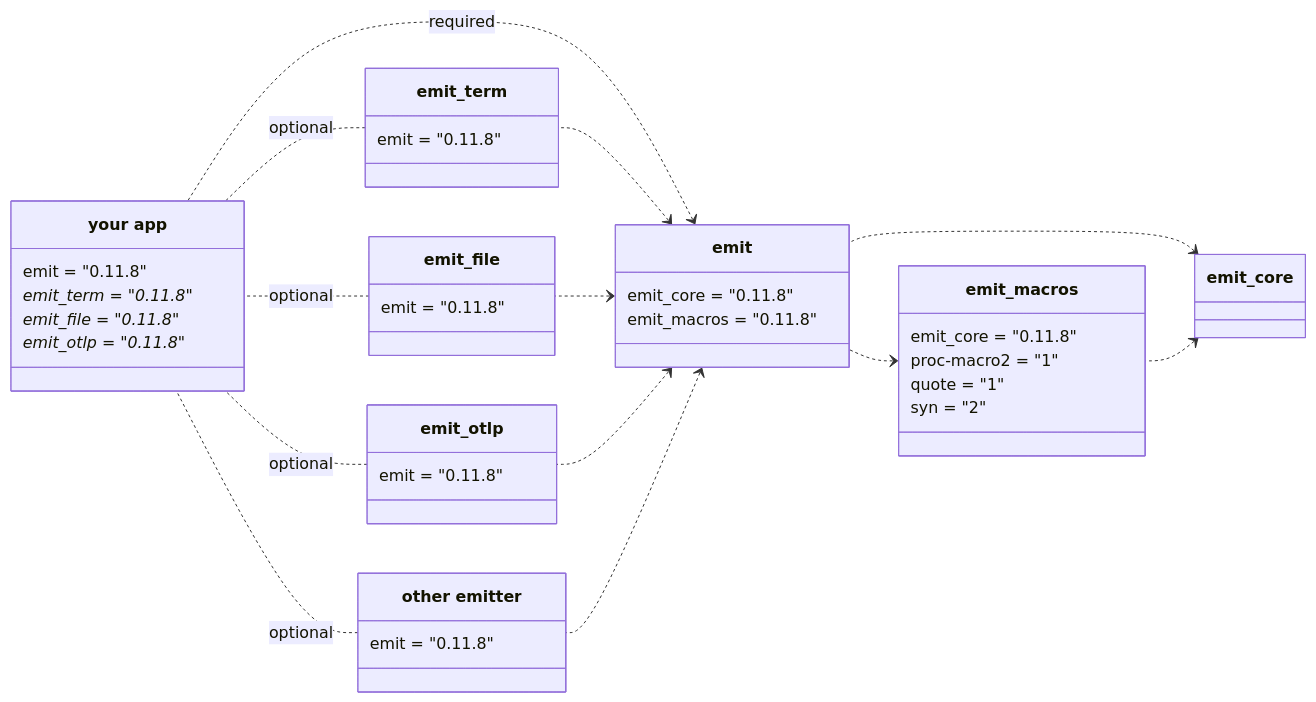
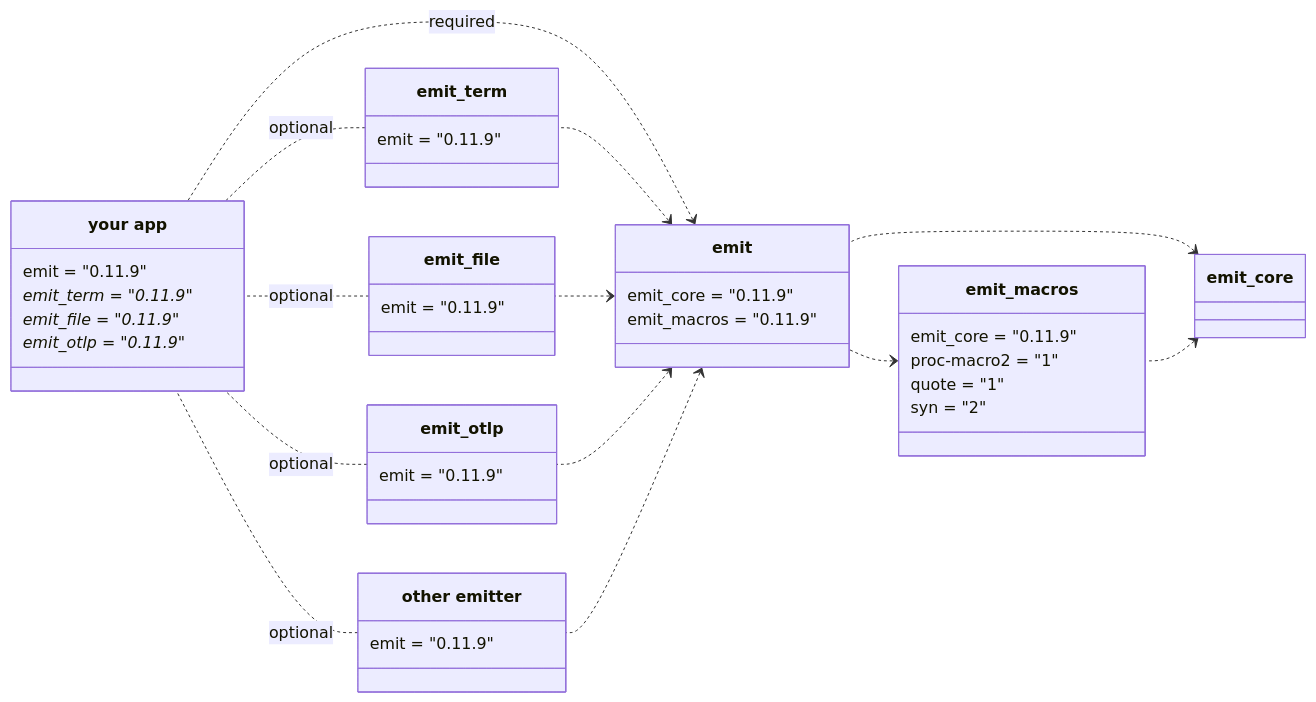
The first of 5 diagrams in book/src/reference/architecture.md (emit-rs/emit), drawn with Mermaid before and after one commit. The commit also changed other lines of this file and 58 other files, not shown here.

````diff
--- a/book/src/reference/architecture.md
+++ b/book/src/reference/architecture.md
@@ -9,62 +9,62 @@
 ```mermaid
 classDiagram
     direction RL
     
     emit_core <.. emit_macros
     emit_core <.. emit
     emit_macros <.. emit
 
     class emit_macros {
-        emit_core = "0.11.8"
+        emit_core = "0.11.9"
         proc-macro2 = "1"
         quote = "1"
         syn = "2"
     }
 
     emit <.. emit_term
     emit <.. emit_file
     emit <.. emit_otlp
     emit <.. emit_custom
 
     emit <.. app : required
 
     class emit {
-        emit_core = "0.11.8"
-        emit_macros = "0.11.8"
+        emit_core = "0.11.9"
+        emit_macros = "0.11.9"
     }
 
     emit_term .. app : optional
     emit_file .. app : optional
     emit_otlp .. app : optional
     emit_custom .. app : optional
 
     class emit_term {
-        emit = "0.11.8"
+        emit = "0.11.9"
     }
 
     class emit_file {
-        emit = "0.11.8"
+        emit = "0.11.9"
     }
 
     class emit_otlp {
-        emit = "0.11.8"
+        emit = "0.11.9"
     }
 
     class emit_custom["other emitter"] {
-        emit = "0.11.8"
+        emit = "0.11.9"
     }
 
     class app["your app"] {
-        emit = "0.11.8"
-        emit_term = "0.11.8"*
-        emit_file = "0.11.8"*
-        emit_otlp = "0.11.8"*
+        emit = "0.11.9"
+        emit_term = "0.11.9"*
+        emit_file = "0.11.9"*
+        emit_otlp = "0.11.9"*
     }
 
-    click emit_core href "https://docs.rs/emit_core/0.11.8/emit_core/index.html"
-    click emit_macros href "https://docs.rs/emit_macros/0.11.8/emit_macros/index.html"
-    click emit href "https://docs.rs/emit/0.11.8/emit/index.html"
-    click emit_term href "https://docs.rs/emit_term/0.11.8/emit_term/index.html"
-    click emit_file href "https://docs.rs/emit_file/0.11.8/emit_file/index.html"
-    click emit_otlp href "https://docs.rs/emit_otlp/0.11.8/emit_otlp/index.html"
+    click emit_core href "https://docs.rs/emit_core/0.11.9/emit_core/index.html"
+    click emit_macros href "https://docs.rs/emit_macros/0.11.9/emit_macros/index.html"
+    click emit href "https://docs.rs/emit/0.11.9/emit/index.html"
+    click emit_term href "https://docs.rs/emit_term/0.11.9/emit_term/index.html"
+    click emit_file href "https://docs.rs/emit_file/0.11.9/emit_file/index.html"
+    click emit_otlp href "https://docs.rs/emit_otlp/0.11.9/emit_otlp/index.html"
 ```
````
